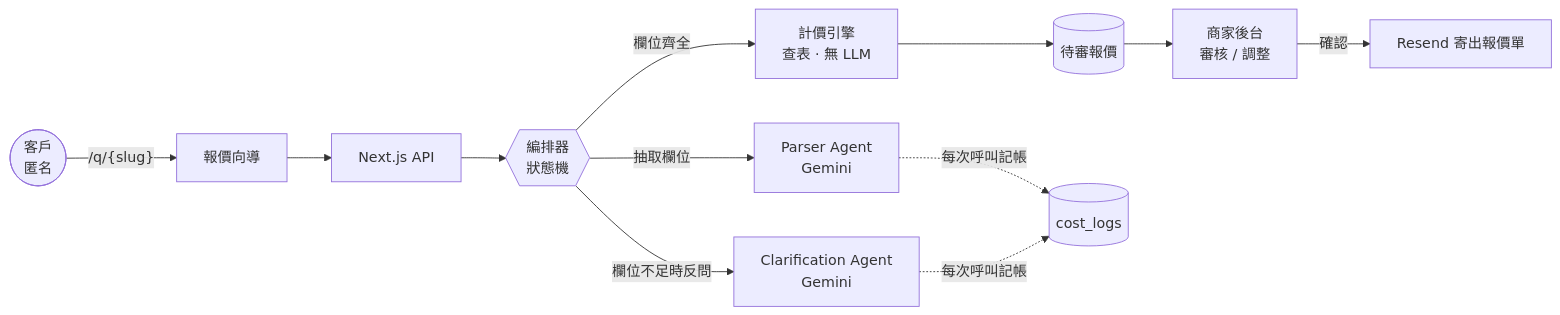
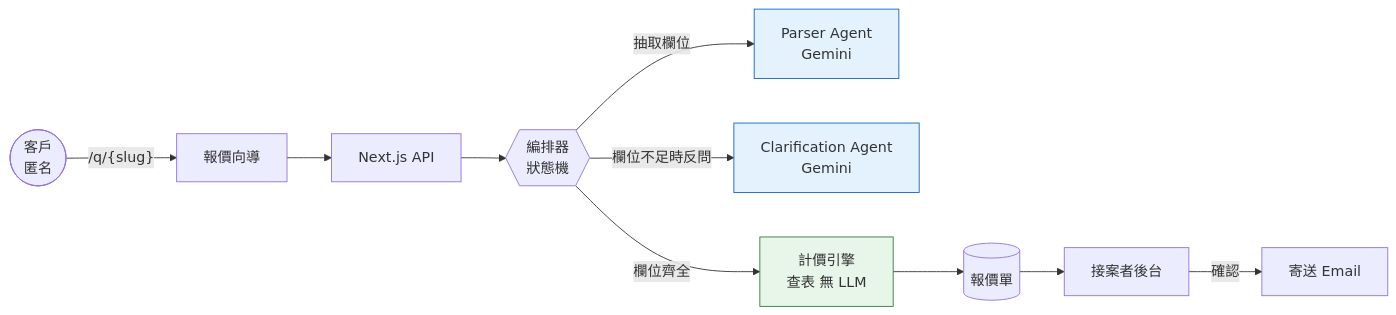
One commit to ychsieh725/BizMate changed the diagram in README.md. Above: the diagram before and after it, drawn with Mermaid. The commit also changed other lines of this file, not shown here.

````diff
--- a/README.md
+++ b/README.md
@@ -29,17 +117,18 @@
 ```mermaid
 flowchart LR
     C([客戶<br/>匿名]) -->|"/q/{slug}"| W[報價向導]
     W --> API["Next.js API"]
     API --> ORC{{"編排器<br/>狀態機"}}
 
     ORC -->|抽取欄位| P["Parser Agent<br/>Gemini"]
     ORC -->|欄位不足時反問| CL["Clarification Agent<br/>Gemini"]
-    ORC -->|欄位齊全| PR["計價引擎<br/>查表 · 無 LLM"]
+    ORC -->|欄位齊全| PR["計價引擎<br/>查表 無 LLM"]
 
-    PR --> Q[("待審報價")]
-    Q --> D["商家後台<br/>審核 / 調整"]
-    D -->|確認| M["Resend 寄出報價單"]
+    PR --> Q[(報價單)]
+    Q --> D[接案者後台]
+    D -->|確認| M["寄送 Email"]
 
-    P -.每次呼叫記帳.-> F[("cost_logs")]
-    CL -.每次呼叫記帳.-> F
+    style PR fill:#e8f5e9,stroke:#2e7d32
+    style P fill:#e3f2fd,stroke:#1565c0
+    style CL fill:#e3f2fd,stroke:#1565c0
 ```
````
